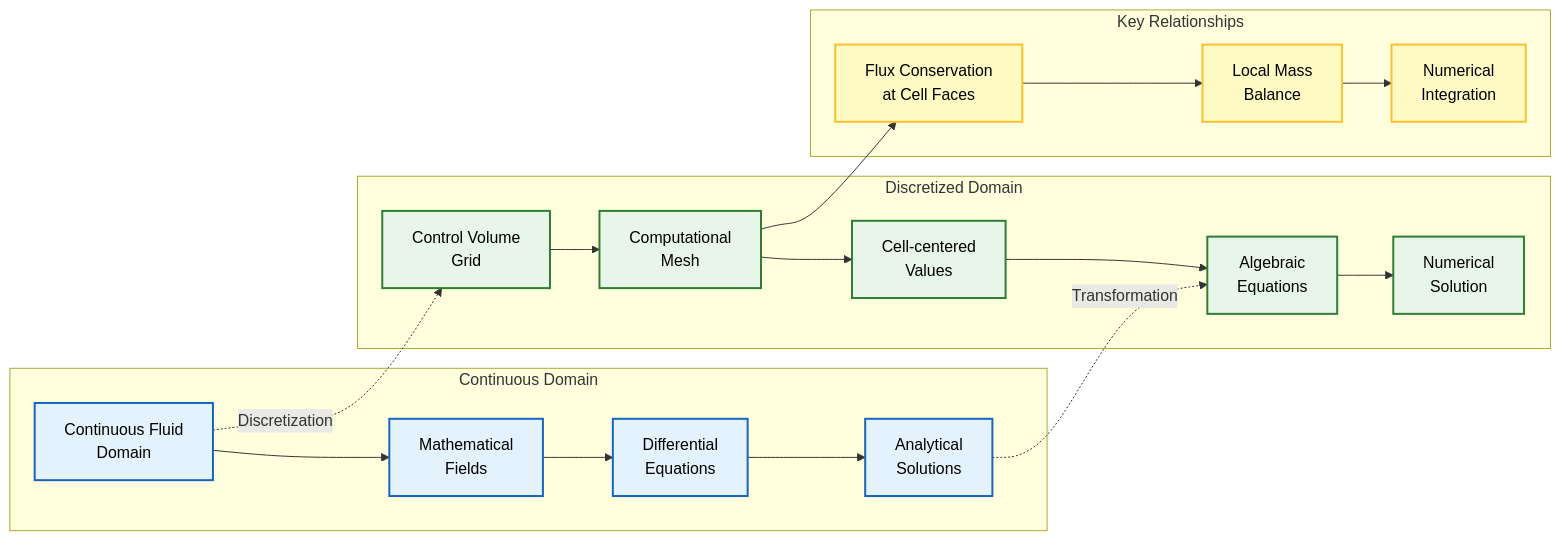
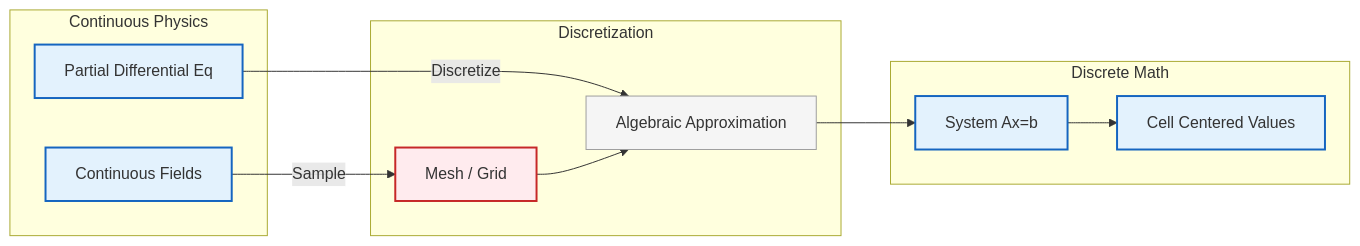
The third of 8 diagrams in MODULE_01_CFD_FUNDAMENTALS/CONTENT/02_FINITE_VOLUME_METHOD/01_Introduction.md (wramet/build-my-cfd), drawn with Mermaid before and after one commit. The commit also changed other lines of this file and 313 other files, not shown here.

Commit message:
Revise all diagram

````diff
--- a/MODULE_01_CFD_FUNDAMENTALS/CONTENT/02_FINITE_VOLUME_METHOD/01_Introduction.md
+++ b/MODULE_01_CFD_FUNDAMENTALS/CONTENT/02_FINITE_VOLUME_METHOD/01_Introduction.md
@@ -168,38 +141,26 @@
 ```mermaid
 graph LR
-    subgraph "Continuous Domain"
-        A["Continuous Fluid<br/>Domain"] --> B["Mathematical<br/>Fields"]
-        B --> C["Differential<br/>Equations"]
-        C --> D["Analytical<br/>Solutions"]
-    end
+%% Transformation: Continuous -> Discrete
+subgraph Continuous["Continuous Physics"]
+    PDE["Partial Differential Eq"]:::implicit
+    Field_C["Continuous Fields"]:::implicit
+end
+subgraph Discretization["Discretization"]
+    Mesh["Mesh / Grid"]:::explicit
+    Disc["Algebraic Approximation"]:::context
+end
+subgraph Discrete["Discrete Math"]
+    Matrix["System Ax=b"]:::implicit
+    Field_D["Cell Centered Values"]:::implicit
+end
 
-    subgraph "Discretized Domain"
-        E["Control Volume<br/>Grid"] --> F["Computational<br/>Mesh"]
-        F --> G["Cell-centered<br/>Values"]
-        G --> H["Algebraic<br/>Equations"]
-        H --> I["Numerical<br/>Solution"]
-    end
+%% Flow
+PDE -->|Discretize| Disc
+Field_C -->|Sample| Mesh
+Mesh --> Disc --> Matrix --> Field_D
 
-    A -.->|Discretization| E
-    D -.->|Transformation| H
-
-    subgraph "Key Relationships"
-        J["Flux Conservation<br/>at Cell Faces"]
-        K["Local Mass<br/>Balance"]
-        L["Numerical<br/>Integration"]
-    end
-
-    F --> J
-    J --> K
-    K --> L
-
-    %% Styling Definitions
-    classDef process fill:#e3f2fd,stroke:#1565c0,stroke-width:2px,color:#000;
-    classDef decision fill:#fff9c4,stroke:#fbc02d,stroke-width:2px,color:#000;
-    classDef terminator fill:#ffebee,stroke:#c62828,stroke-width:2px,color:#000;
-    classDef storage fill:#e8f5e9,stroke:#2e7d32,stroke-width:2px,color:#000;
-
-    class A,B,C,D process
-    class E,F,G,H,I storage
-    class J,K,L decision
+%% Classes
+classDef implicit fill:#e3f2fd,stroke:#1565c0,stroke-width:2px
+classDef explicit fill:#ffebee,stroke:#c62828,stroke-width:2px
+classDef context fill:#f5f5f5,stroke:#9e9e9e,stroke-width:1px
 ```
````
